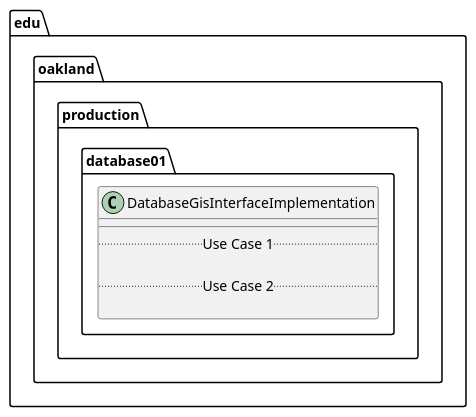
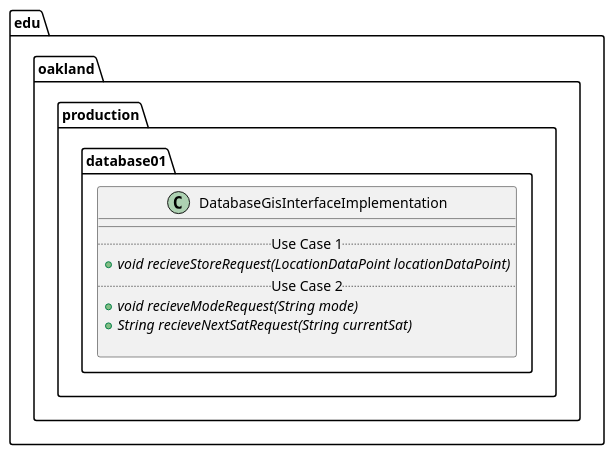
Before and after one commit to andrewdimmer/csi-3370-software-project: the diagram in docs/uml-class-diagrams/database01/production/DatabaseGisInterfaceImplementation/DatabaseGisInterfaceImplementation.puml, drawn with PlantUML. The commit also changed 4 other files, not shown here.

```diff
--- a/docs/uml-class-diagrams/database01/production/DatabaseGisInterfaceImplementation/DatabaseGisInterfaceImplementation.puml
+++ b/docs/uml-class-diagrams/database01/production/DatabaseGisInterfaceImplementation/DatabaseGisInterfaceImplementation.puml
@@ -1,13 +1,15 @@
 @startuml DatabaseGisInterfaceImplementation
 
 package edu.oakland.production.database01 {
     class DatabaseGisInterfaceImplementation {
         __
         .. Use Case 1 ..
-
+        {abstract} + void recieveStoreRequest(LocationDataPoint locationDataPoint)
         .. Use Case 2 ..
-
+        {abstract} + void recieveModeRequest(String mode)
+        {abstract} + String recieveNextSatRequest(String currentSat)
+        
     }
 }
 
 @enduml
```
